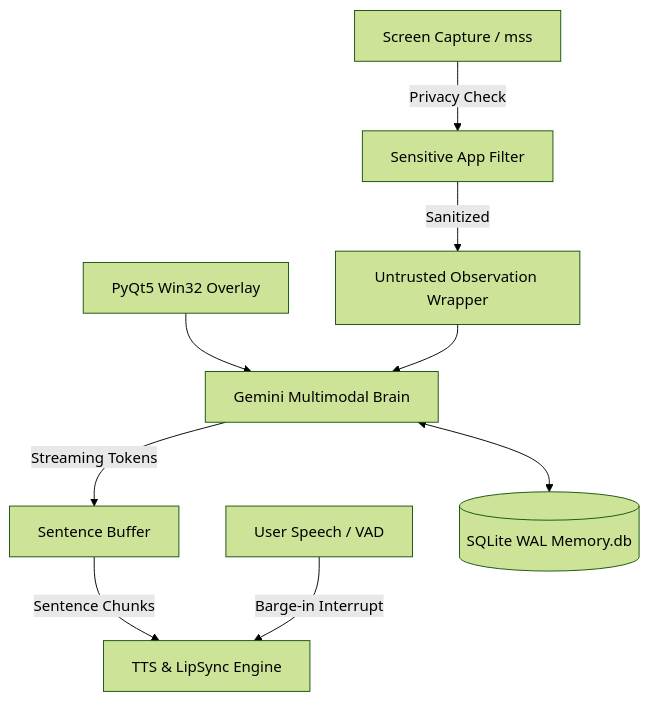
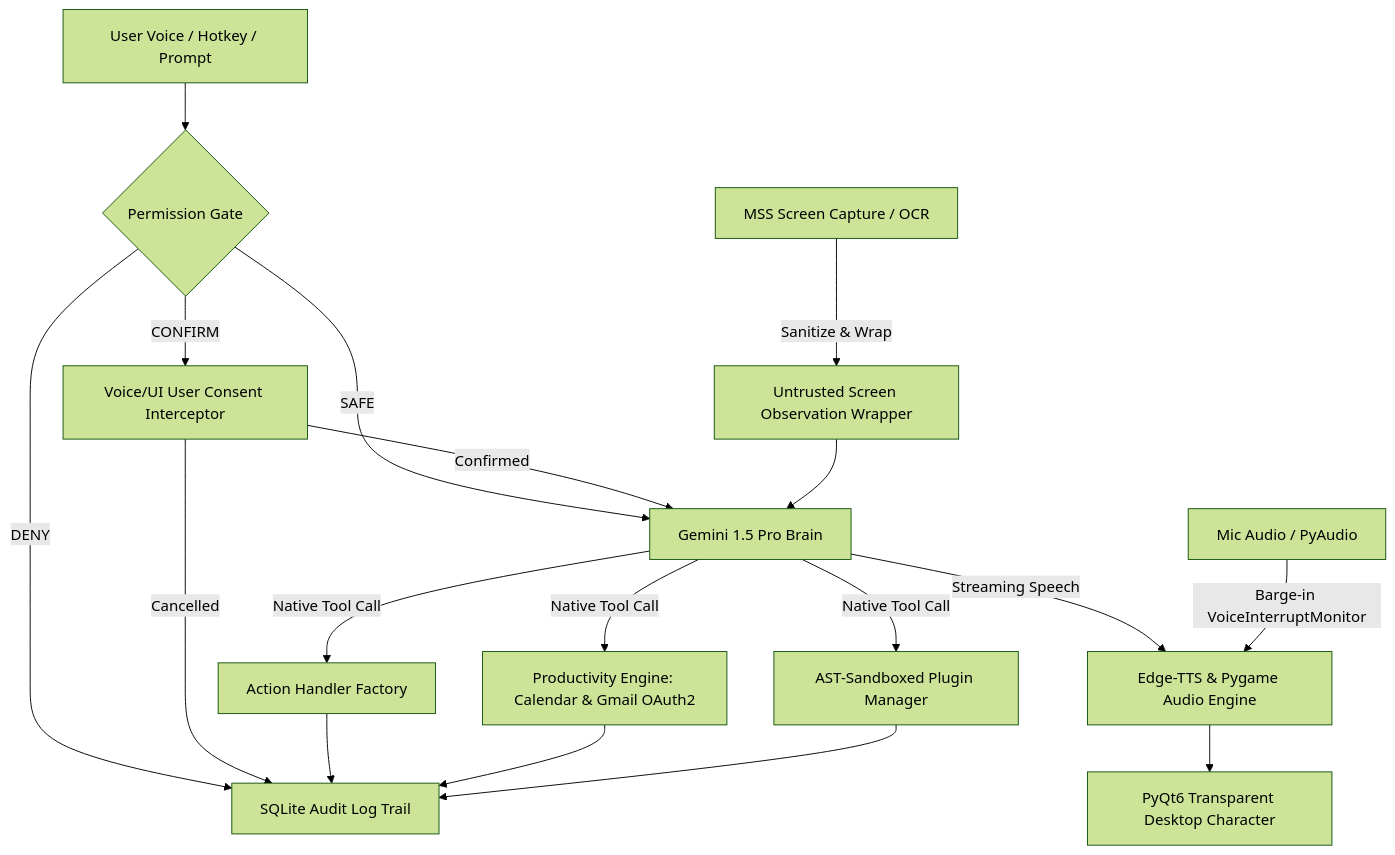
The diagram in README.md (amar-kumar-cse/Sia_Assistant), drawn with Mermaid (forest theme) before and after one commit. The commit also changed other lines of this file and 6 other files, not shown here.

First line of the commit message:
feat: Add Adversarial Security Suite, Live Gmail OAuth, CLI Audit Observer, CI/CD Pipeline, and Documentation Upgrade

````diff
--- a/README.md
+++ b/README.md
@@ -39,11 +15,25 @@
 ```mermaid
 graph TD
-    UI[PyQt5 Win32 Overlay] --> Brain[Gemini Multimodal Brain]
-    Vision[Screen Capture / mss] -->|Privacy Check| Exclusion[Sensitive App Filter]
-    Exclusion -->|Sanitized| Untrusted[Untrusted Observation Wrapper]
+    User[User Voice / Hotkey / Prompt] --> Gate{Permission Gate}
+    Gate -->|SAFE| Brain[Gemini 1.5 Pro Brain]
+    Gate -->|CONFIRM| UserConfirm[Voice/UI User Consent Interceptor]
+    Gate -->|DENY| Audit[SQLite Audit Log Trail]
+
+    UserConfirm -->|Confirmed| Brain
+    UserConfirm -->|Cancelled| Audit
+
+    Vision[MSS Screen Capture / OCR] -->|Sanitize & Wrap| Untrusted[Untrusted Screen Observation Wrapper]
     Untrusted --> Brain
-    Brain -->|Streaming Tokens| SentenceSplitter[Sentence Buffer]
-    SentenceSplitter -->|Sentence Chunks| TTS[TTS & LipSync Engine]
-    Speech[User Speech / VAD] -->|Barge-in Interrupt| TTS
-    Brain <--> Memory[(SQLite WAL Memory.db)]
+
+    Brain -->|Native Tool Call| ActionHandler[Action Handler Factory]
+    Brain -->|Native Tool Call| Productivity[Productivity Engine: Calendar & Gmail OAuth2]
+    Brain -->|Native Tool Call| Plugins[AST-Sandboxed Plugin Manager]
+    Brain -->|Streaming Speech| TTS[Edge-TTS & Pygame Audio Engine]
+
+    ActionHandler --> Audit
+    Productivity --> Audit
+    Plugins --> Audit
+
+    SpeechVAD[Mic Audio / PyAudio] -->|Barge-in VoiceInterruptMonitor| TTS
+    TTS --> Character[PyQt6 Transparent Desktop Character]
 ```
````
